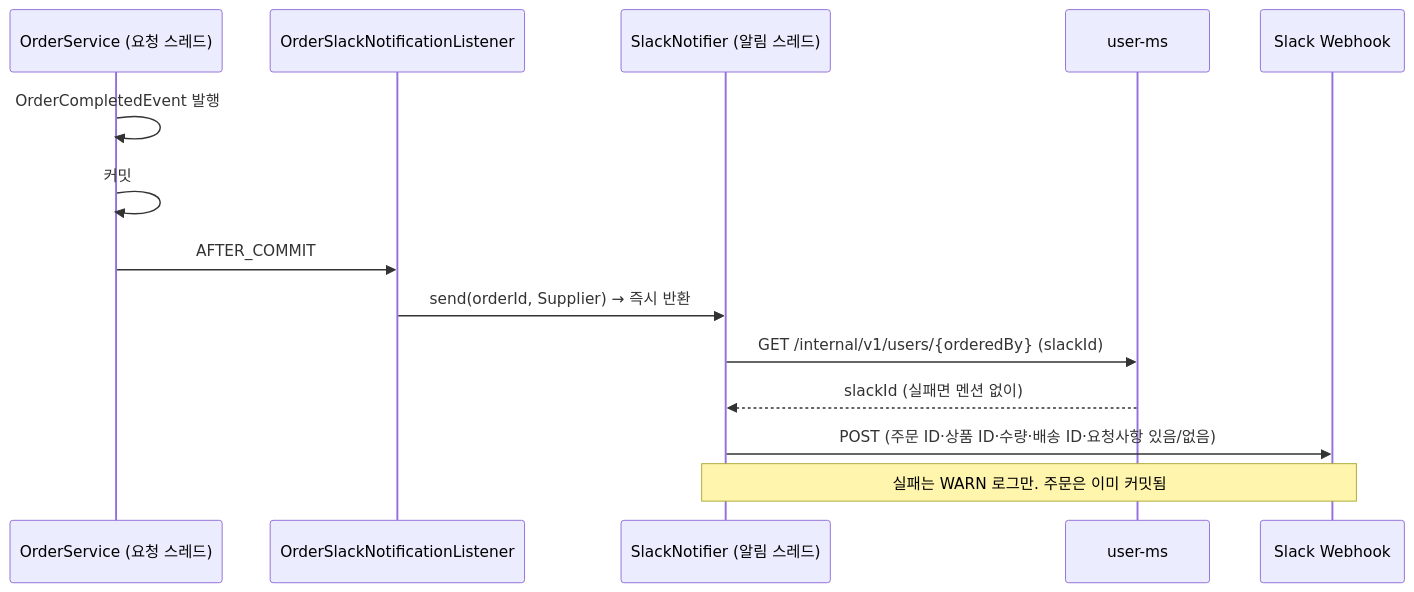
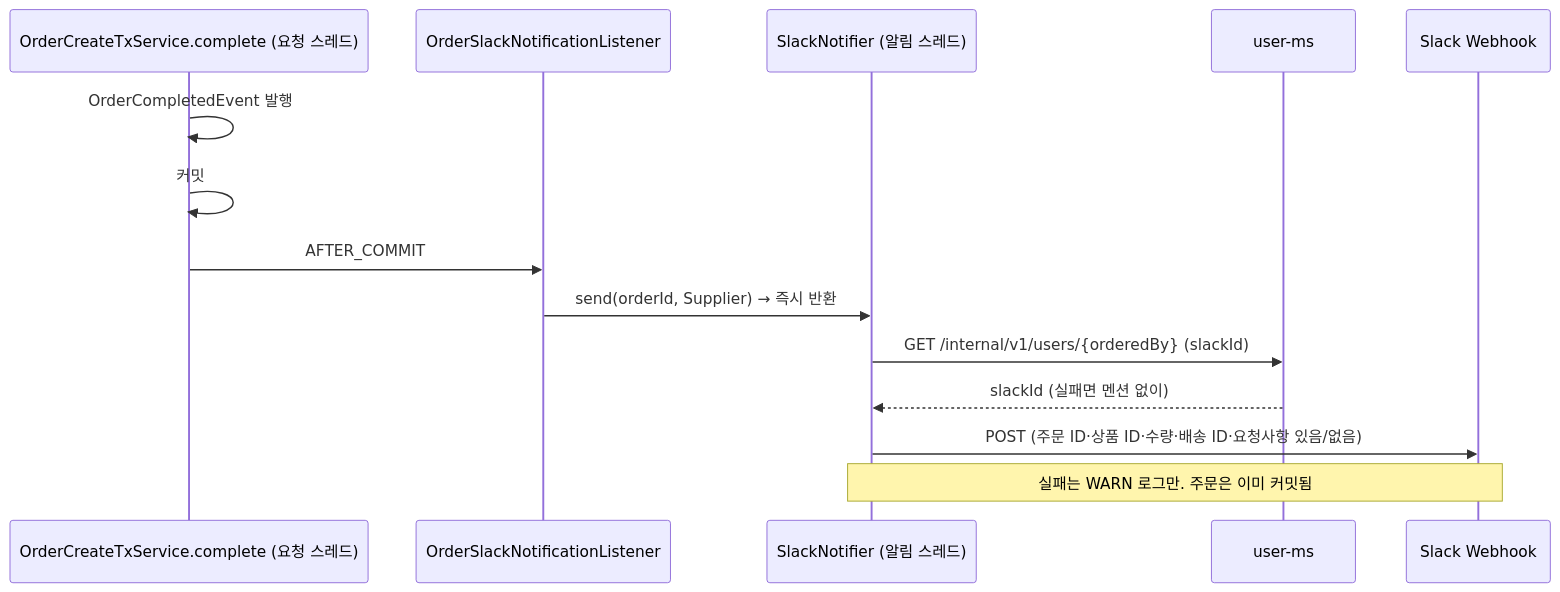
The fourth of 5 diagrams in docs/guide/구현 설명/Order 도메인 구현 설명.md (01Commit10/sparta-logistics), drawn with Mermaid before and after one commit. The commit also changed other lines of this file, not shown here.

````diff
--- a/docs/guide/구현 설명/Order 도메인 구현 설명.md
+++ b/docs/guide/구현 설명/Order 도메인 구현 설명.md
@@ -284,17 +297,17 @@
 ```mermaid
 sequenceDiagram
-    participant S as OrderService (요청 스레드)
+    participant S as OrderCreateTxService.complete (요청 스레드)
     participant L as OrderSlackNotificationListener
     participant N as SlackNotifier (알림 스레드)
     participant U as user-ms
     participant W as Slack Webhook
 
     S->>S: OrderCompletedEvent 발행
     S->>S: 커밋
     S->>L: AFTER_COMMIT
     L->>N: send(orderId, Supplier) → 즉시 반환
     N->>U: GET /internal/v1/users/{orderedBy} (slackId)
     U-->>N: slackId (실패면 멘션 없이)
     N->>W: POST (주문 ID·상품 ID·수량·배송 ID·요청사항 있음/없음)
     Note over N,W: 실패는 WARN 로그만. 주문은 이미 커밋됨
 ```
````
